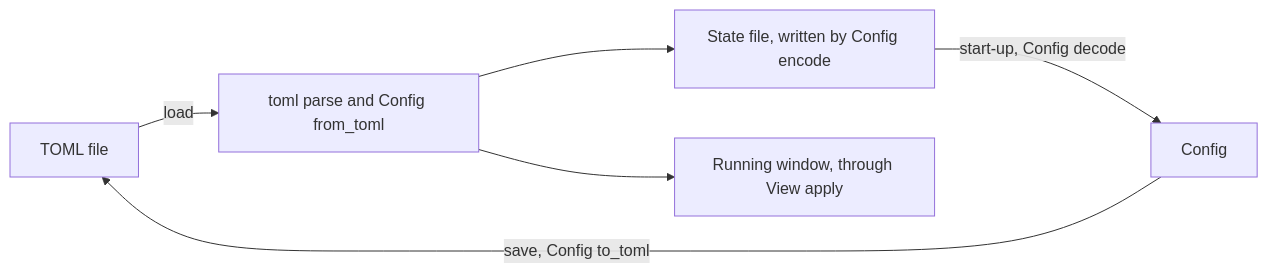
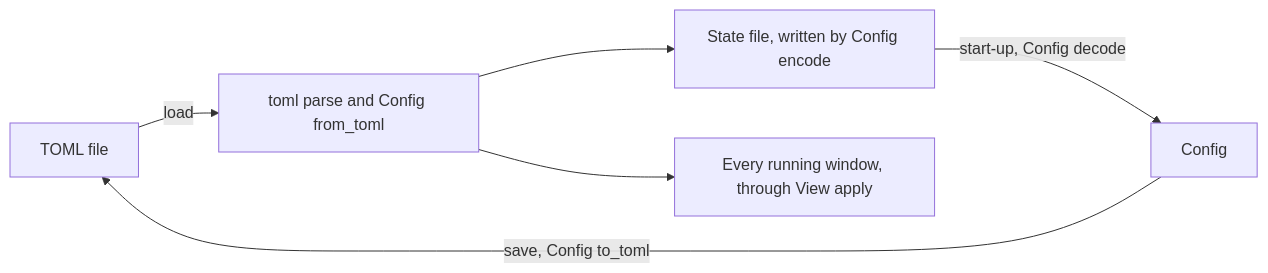
Before and after one commit to riya-amemiya/Dartel: the fifth of 10 diagrams in docs/architecture.md, drawn with Mermaid. The commit also changed other lines of this file and 5 other files, not shown here.

````diff
--- a/docs/architecture.md
+++ b/docs/architecture.md
@@ -142,8 +187,8 @@
 ```mermaid
 flowchart LR
     file["TOML file"] -- "load" --> parse["toml parse and Config from_toml"]
     parse --> state["State file, written by Config encode"]
-    parse --> live["Running window, through View apply"]
+    parse --> live["Every running window, through View apply"]
     state -- "start-up, Config decode" --> config["Config"]
     config -- "save, Config to_toml" --> file
 ```
````
